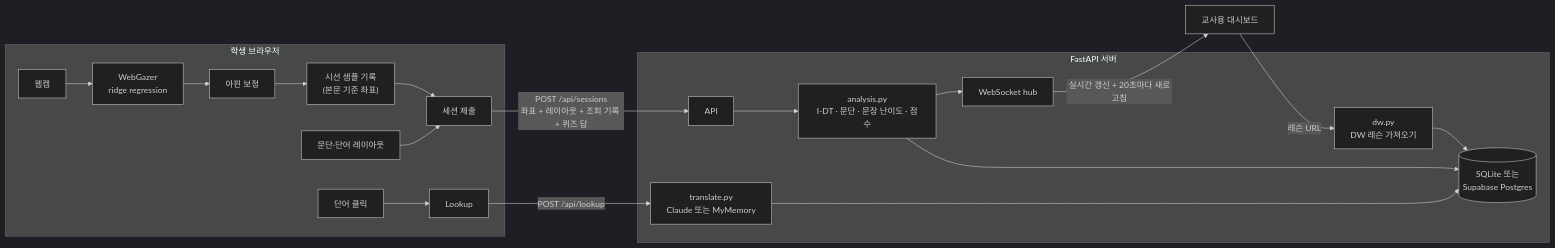
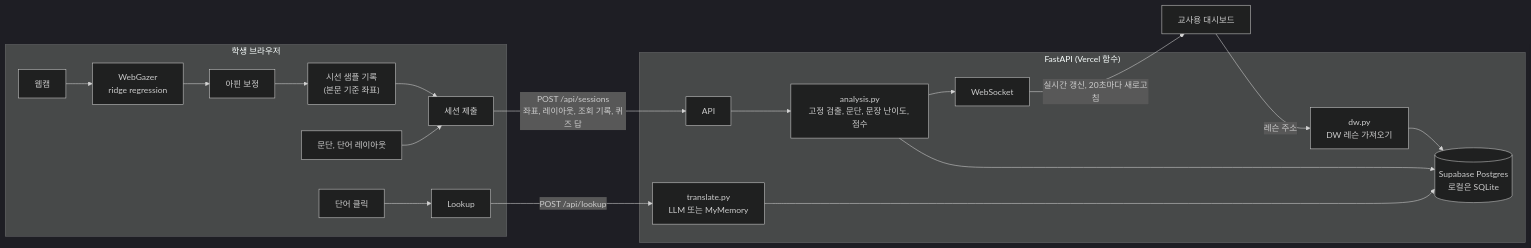
One commit to GHLee1016/Lesen-Fuer-Studenten changed the diagram in README.md. Above: the diagram before and after it, drawn with Mermaid (dark theme). The commit also changed other lines of this file and 11 other files, not shown here.

````diff
--- a/README.md
+++ b/README.md
@@ -44,22 +86,22 @@
 ```mermaid
 flowchart LR
   subgraph Browser["학생 브라우저"]
     Cam[웹캠] --> WG[WebGazer<br/>ridge regression]
     WG --> Aff[아핀 보정]
     Aff --> Rec["시선 샘플 기록<br/>(본문 기준 좌표)"]
-    Layout["문단·단어 레이아웃"] --> Post
+    Layout["문단, 단어 레이아웃"] --> Post
     Click[단어 클릭] --> Lookup
     Rec --> Post[세션 제출]
   end
-  Post -->|"POST /api/sessions<br/>좌표 + 레이아웃 + 조회 기록 + 퀴즈 답"| API
+  Post -->|"POST /api/sessions<br/>좌표, 레이아웃, 조회 기록, 퀴즈 답"| API
   Lookup -->|POST /api/lookup| Tr
-  subgraph Server["FastAPI 서버"]
-    API --> Ana["analysis.py<br/>I-DT · 문단 · 문장 난이도 · 점수"]
-    Tr["translate.py<br/>Claude 또는 MyMemory"] --> DB
+  subgraph Server["FastAPI (Vercel 함수)"]
+    API --> Ana["analysis.py<br/>고정 검출, 문단, 문장 난이도, 점수"]
+    Tr["translate.py<br/>LLM 또는 MyMemory"] --> DB
     DWI["dw.py<br/>DW 레슨 가져오기"] --> DB
-    Ana --> DB[(SQLite 또는<br/>Supabase Postgres)]
-    Ana --> Hub[WebSocket hub]
+    Ana --> DB[(Supabase Postgres<br/>로컬은 SQLite)]
+    Ana --> Hub[WebSocket]
   end
-  Hub -->|실시간 갱신 + 20초마다 새로고침| Admin[교사용 대시보드]
-  Admin -->|레슨 URL| DWI
+  Hub -->|실시간 갱신, 20초마다 새로고침| Admin[교사용 대시보드]
+  Admin -->|레슨 주소| DWI
 ```
````
